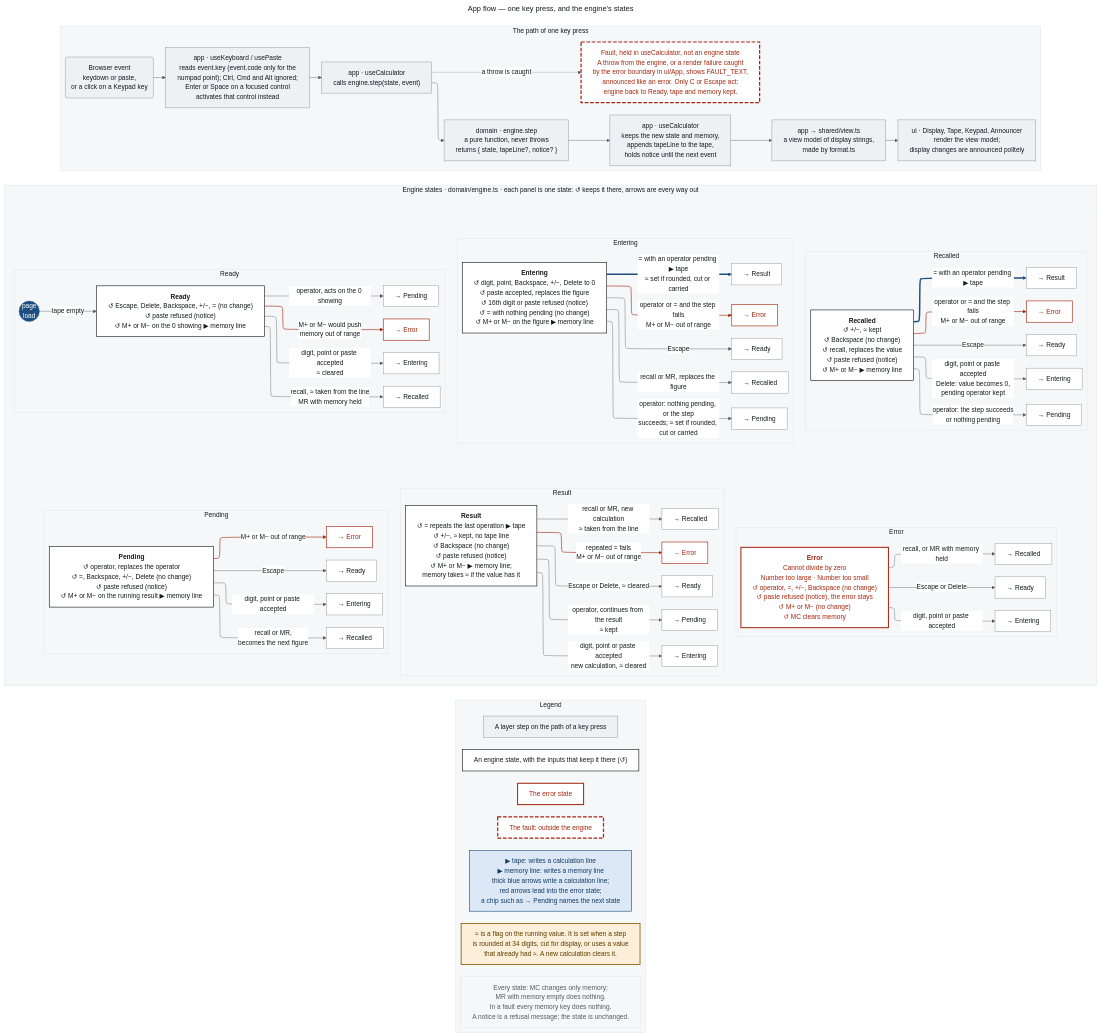
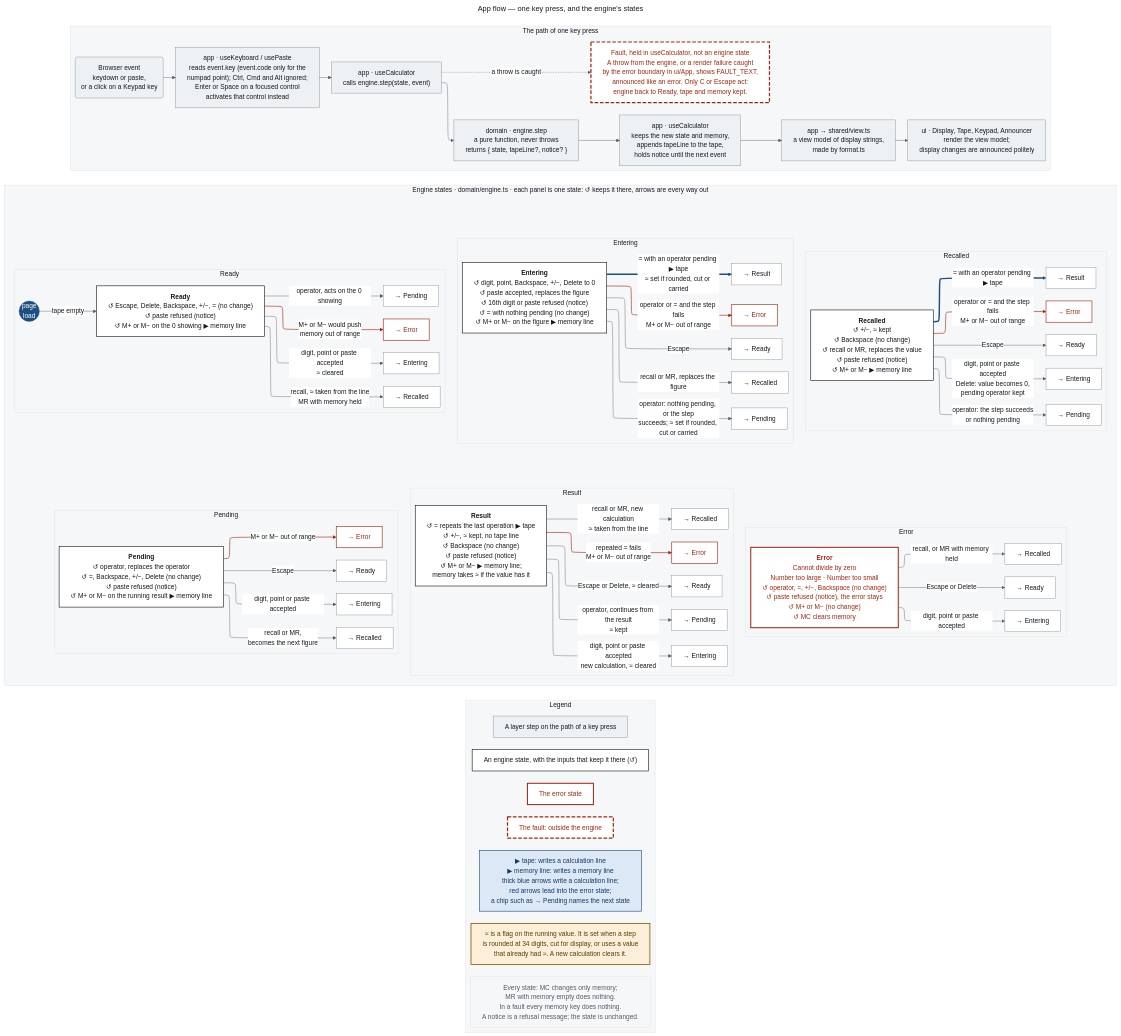
Before and after one commit to hassan-product/hassa-chaudry-calculator: the diagram in docs/diagrams/app-flow.mmd, drawn with Mermaid. The commit also changed 2 other files, not shown here.

Commit message:
Add MR on a recalled value to the state diagrams (S-19)
Decision 19 makes MR behave like recalling a tape line, and recall
on a recalled value replaces it. Both diagrams left that transition
out, and the engine is about to be built and tested from them.

```diff
--- a/docs/diagrams/app-flow.mmd
+++ b/docs/diagrams/app-flow.mmd
@@ -1,175 +1,175 @@
 ---
 title: App flow — one key press, and the engine's states
 config:
   theme: base
   layout: elk
   fontFamily: "system-ui, -apple-system, Segoe UI, Roboto, sans-serif"
   themeVariables:
     fontFamily: "system-ui, -apple-system, Segoe UI, Roboto, sans-serif"
     fontSize: 16px
     primaryColor: "#FFFFFF"
     primaryTextColor: "#16191D"
     primaryBorderColor: "#808892"
     lineColor: "#545B64"
     clusterBkg: "#F6F7F9"
     clusterBorder: "#DDE1E6"
     titleColor: "#16191D"
     edgeLabelBackground: "#FFFFFF"
   flowchart:
     nodeSpacing: 40
     rankSpacing: 60
     padding: 14
     wrappingWidth: 420
 ---
 %% Source of docs/diagrams/app-flow.png. Every state and transition is the engine state diagram in
 %% docs/architecture.md; the path of a key press is its layer model and error model. Nothing here is new.
 %% Colours and type are the light-theme tokens in docs/ux/mockup.html.
 flowchart TB
 
   subgraph Path["The path of one key press"]
     direction LR
     k1("Browser event<br/>keydown or paste,<br/>or a click on a Keypad key")
     k2["app · useKeyboard / usePaste<br/>reads event.key (event.code only for the<br/>numpad point); Ctrl, Cmd and Alt ignored;<br/>Enter or Space on a focused control<br/>activates that control instead"]
     k3["app · useCalculator<br/>calls engine.step(state, event)"]
     k4["domain · engine.step<br/>a pure function, never throws<br/>returns { state, tapeLine?, notice? }"]
     k5["app · useCalculator<br/>keeps the new state and memory,<br/>appends tapeLine to the tape,<br/>holds notice until the next event"]
     k6["app → shared/view.ts<br/>a view model of display strings,<br/>made by format.ts"]
     k7["ui · Display, Tape, Keypad, Announcer<br/>render the view model;<br/>display changes are announced politely"]
     kf["Fault, held in useCalculator, not an engine state<br/>A throw from the engine, or a render failure caught<br/>by the error boundary in ui/App, shows FAULT_TEXT,<br/>announced like an error. Only C or Escape act:<br/>engine back to Ready, tape and memory kept."]
     k1 --> k2 --> k3 --> k4 --> k5 --> k6 --> k7
     k3 -. "a throw is caught" .-> kf
   end
 
   subgraph Engine["Engine states · domain/engine.ts · each panel is one state: ↺ keeps it there, arrows are every way out"]
     direction TB
     subgraph ERow0[" "]
       direction LR
       subgraph PReady["Ready"]
         direction LR
         start(("page<br/>load"))
         Ready["<b>Ready</b><br/>↺ Escape, Delete, Backspace, +/−, = (no change)<br/>↺ paste refused (notice)<br/>↺ M+ or M− on the 0 showing ▶ memory line"]
         Ready_Entering["→ Entering"]
         Ready_Recalled["→ Recalled"]
         Ready_Pending["→ Pending"]
         Ready_Error["→ Error"]
         start -->|"tape empty"| Ready
         Ready -->|"digit, point or paste accepted<br/>≈ cleared"| Ready_Entering
         Ready -->|"recall, ≈ taken from the line<br/>MR with memory held"| Ready_Recalled
         Ready -->|"operator, acts on the 0 showing"| Ready_Pending
         Ready -->|"M+ or M− would push<br/>memory out of range"| Ready_Error
       end
       subgraph PEntering["Entering"]
         direction LR
         Entering["<b>Entering</b><br/>↺ digit, point, Backspace, +/−, Delete to 0<br/>↺ paste accepted, replaces the figure<br/>↺ 16th digit or paste refused (notice)<br/>↺ = with nothing pending (no change)<br/>↺ M+ or M− on the figure ▶ memory line"]
         Entering_Recalled["→ Recalled"]
         Entering_Pending["→ Pending"]
         Entering_Result["→ Result"]
         Entering_Error["→ Error"]
         Entering_Ready["→ Ready"]
         Entering -->|"recall or MR, replaces the figure"| Entering_Recalled
         Entering -->|"operator: nothing pending, or the step<br/>succeeds; ≈ set if rounded, cut or carried"| Entering_Pending
         Entering ==>|"= with an operator pending ▶ tape<br/>≈ set if rounded, cut or carried"| Entering_Result
         Entering -->|"operator or = and the step fails<br/>M+ or M− out of range"| Entering_Error
         Entering -->|"Escape"| Entering_Ready
       end
       subgraph PRecalled["Recalled"]
         direction LR
-        Recalled["<b>Recalled</b><br/>↺ +/−, ≈ kept<br/>↺ Backspace (no change)<br/>↺ recall, replaces the value<br/>↺ paste refused (notice)<br/>↺ M+ or M− ▶ memory line"]
+        Recalled["<b>Recalled</b><br/>↺ +/−, ≈ kept<br/>↺ Backspace (no change)<br/>↺ recall or MR, replaces the value<br/>↺ paste refused (notice)<br/>↺ M+ or M− ▶ memory line"]
         Recalled_Entering["→ Entering"]
         Recalled_Pending["→ Pending"]
         Recalled_Result["→ Result"]
         Recalled_Error["→ Error"]
         Recalled_Ready["→ Ready"]
         Recalled -->|"digit, point or paste accepted<br/>Delete: value becomes 0,<br/>pending operator kept"| Recalled_Entering
         Recalled -->|"operator: the step succeeds<br/>or nothing pending"| Recalled_Pending
         Recalled ==>|"= with an operator pending ▶ tape"| Recalled_Result
         Recalled -->|"operator or = and the step fails<br/>M+ or M− out of range"| Recalled_Error
         Recalled -->|"Escape"| Recalled_Ready
       end
       PReady ~~~ PEntering ~~~ PRecalled
     end
     subgraph ERow1[" "]
       direction LR
       subgraph PPending["Pending"]
         direction LR
         Pending["<b>Pending</b><br/>↺ operator, replaces the operator<br/>↺ =, Backspace, +/−, Delete (no change)<br/>↺ paste refused (notice)<br/>↺ M+ or M− on the running result ▶ memory line"]
         Pending_Entering["→ Entering"]
         Pending_Recalled["→ Recalled"]
         Pending_Error["→ Error"]
         Pending_Ready["→ Ready"]
         Pending -->|"digit, point or paste accepted"| Pending_Entering
         Pending -->|"recall or MR,<br/>becomes the next figure"| Pending_Recalled
         Pending -->|"M+ or M− out of range"| Pending_Error
         Pending -->|"Escape"| Pending_Ready
       end
       subgraph PResult["Result"]
         direction LR
         Result["<b>Result</b><br/>↺ = repeats the last operation ▶ tape<br/>↺ +/−, ≈ kept, no tape line<br/>↺ Backspace (no change)<br/>↺ paste refused (notice)<br/>↺ M+ or M− ▶ memory line;<br/>memory takes ≈ if the value has it"]
         Result_Pending["→ Pending"]
         Result_Entering["→ Entering"]
         Result_Recalled["→ Recalled"]
         Result_Error["→ Error"]
         Result_Ready["→ Ready"]
         Result -->|"operator, continues from the result<br/>≈ kept"| Result_Pending
         Result -->|"digit, point or paste accepted<br/>new calculation, ≈ cleared"| Result_Entering
         Result -->|"recall or MR, new calculation<br/>≈ taken from the line"| Result_Recalled
         Result -->|"repeated = fails<br/>M+ or M− out of range"| Result_Error
         Result -->|"Escape or Delete, ≈ cleared"| Result_Ready
       end
       subgraph PError["Error"]
         direction LR
         Error["<b>Error</b><br/>Cannot divide by zero<br/>Number too large · Number too small<br/>↺ operator, =, +/−, Backspace (no change)<br/>↺ paste refused (notice), the error stays<br/>↺ M+ or M− (no change)<br/>↺ MC clears memory"]
         Error_Ready["→ Ready"]
         Error_Entering["→ Entering"]
         Error_Recalled["→ Recalled"]
         Error -->|"Escape or Delete"| Error_Ready
         Error -->|"digit, point or paste accepted"| Error_Entering
         Error -->|"recall, or MR with memory held"| Error_Recalled
       end
       PPending ~~~ PResult ~~~ PError
     end
     ERow0 ~~~ ERow1
   end
 
   subgraph Key["Legend"]
     direction TB
     g1["A layer step on the path of a key press"]
     g2["An engine state, with the inputs that keep it there (↺)"]
     g3["The error state"]
     g4["The fault: outside the engine"]
     g5["▶ tape: writes a calculation line<br/>▶ memory line: writes a memory line<br/>thick blue arrows write a calculation line;<br/>red arrows lead into the error state;<br/>a chip such as → Pending names the next state"]
     g6["≈ is a flag on the running value. It is set when a step<br/>is rounded at 34 digits, cut for display, or uses a value<br/>that already had ≈. A new calculation clears it."]
     g7["Every state: MC changes only memory;<br/>MR with memory empty does nothing.<br/>In a fault every memory key does nothing.<br/>A notice is a refusal message; the state is unchanged."]
     g1 ~~~ g2 ~~~ g3 ~~~ g4 ~~~ g5 ~~~ g6 ~~~ g7
   end
 
   Path ~~~ Engine
   Engine ~~~ Key
 
   classDef step fill:#EEF1F4,stroke:#808892,stroke-width:1px,color:#16191D
   classDef state fill:#FFFFFF,stroke:#16191D,stroke-width:1.5px,color:#16191D
   classDef error fill:#FFFFFF,stroke:#A3260F,stroke-width:2.5px,color:#A3260F
   classDef fault fill:#FFFFFF,stroke:#A3260F,stroke-width:3px,stroke-dasharray:9 4,color:#A3260F
   classDef tape fill:#DCE8F5,stroke:#1D4F80,stroke-width:1.5px,color:#123A63
   classDef approx fill:#FCEFD9,stroke:#8A5A00,stroke-width:2px,color:#5A3B00
   classDef note fill:#F6F7F9,stroke:#DDE1E6,stroke-width:1px,color:#545B64
   classDef target fill:#FFFFFF,stroke:#808892,stroke-width:1px,color:#16191D
   classDef errtarget fill:#FFFFFF,stroke:#A3260F,stroke-width:1.5px,color:#A3260F
   classDef row fill:#F6F7F9,stroke:#F6F7F9
   classDef start fill:#1D4F80,stroke:#1D4F80,color:#FFFFFF
 
   class k1,k2,k3,k4,k5,k6,k7,g1 step
   class Ready,Entering,Recalled,Pending,Result,g2 state
   class Ready_Entering,Ready_Recalled,Ready_Pending,Entering_Recalled,Entering_Pending,Entering_Result,Entering_Ready,Recalled_Entering,Recalled_Pending,Recalled_Result,Recalled_Ready,Pending_Entering,Pending_Recalled,Pending_Ready,Result_Pending,Result_Entering,Result_Recalled,Result_Ready,Error_Ready,Error_Entering,Error_Recalled target
   class Ready_Error,Entering_Error,Recalled_Error,Pending_Error,Result_Error errtarget
   class ERow0,ERow1 row
   class Error,g3 error
   class kf,g4 fault
   class g5 tape
   class g6 approx
   class g7 note
   class start start
 
   %% Link indices count every link in order, invisible ones included.
   linkStyle 14,19 stroke:#1D4F80,stroke-width:3.5px
   linkStyle 11,15,20,26,31 stroke:#A3260F,stroke-width:1.5px
```
